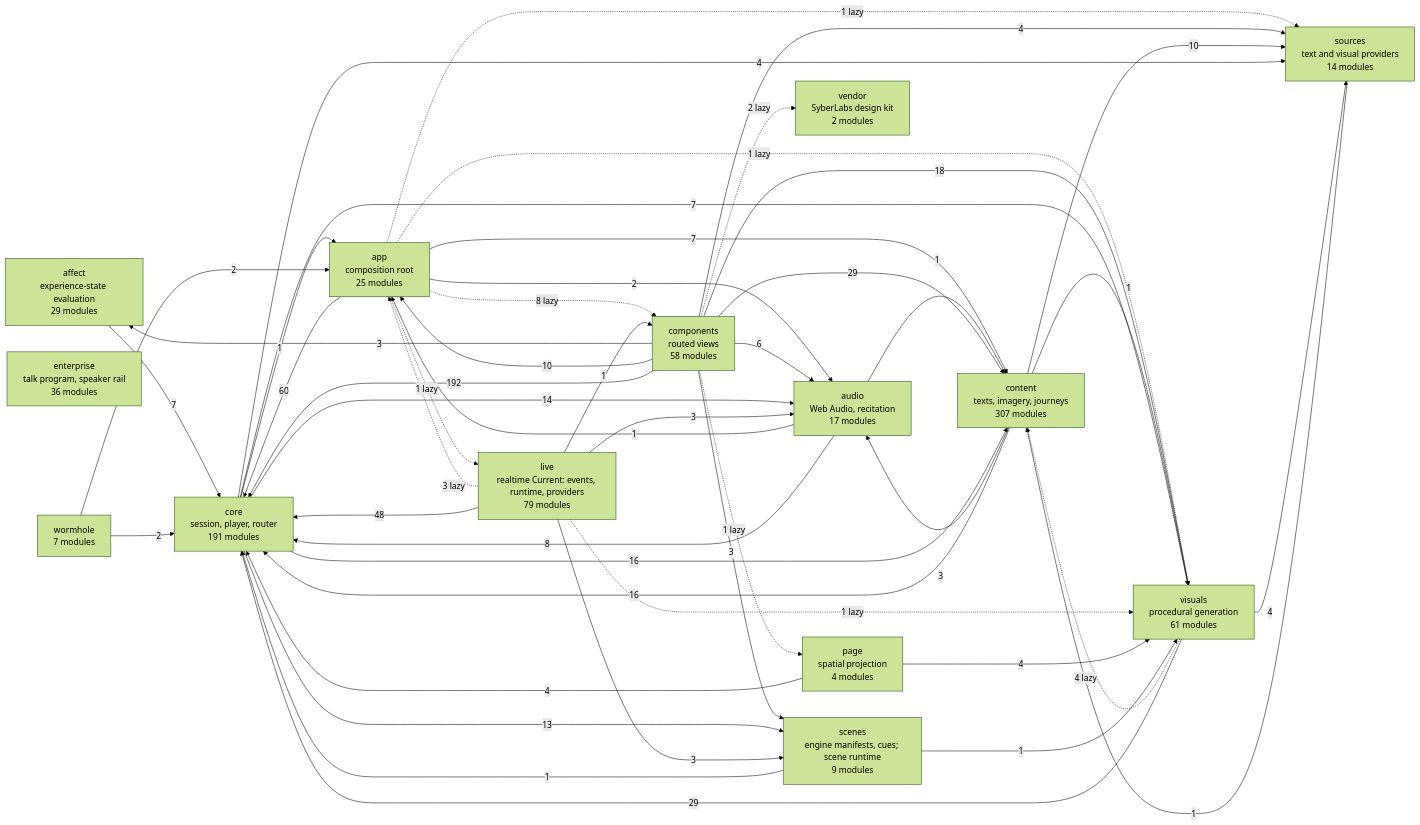
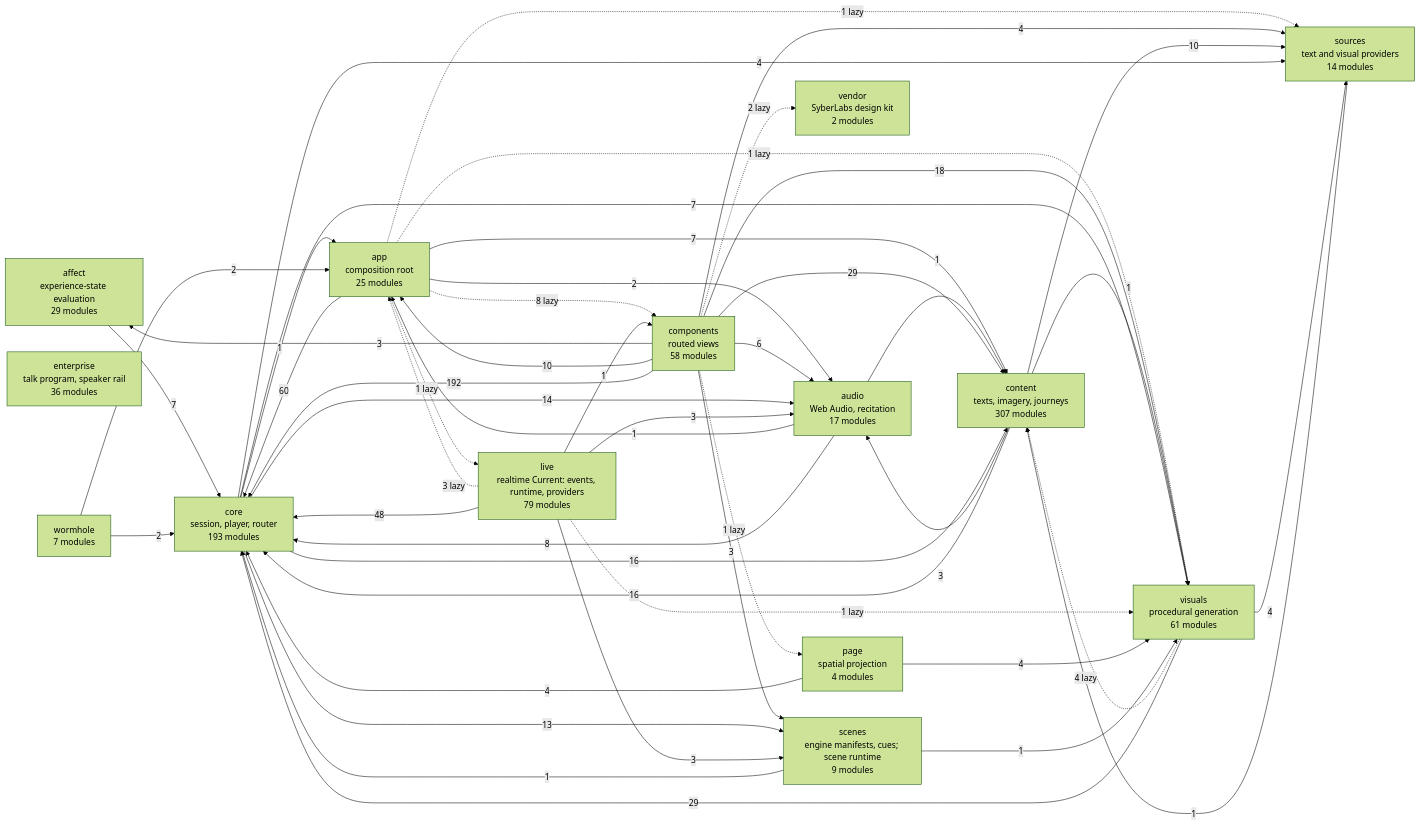
One commit to SyberLabs/RISE changed the diagram in docs/specs/ARCHITECTURE.md. Above: the diagram before and after it, drawn with Mermaid (forest theme).

Commit message:
Docs: regenerate the architecture diagram's module counts
The count reads tracked files, so the earlier run, made before the new modules
were committed, was two short.

````diff
--- a/docs/specs/ARCHITECTURE.md
+++ b/docs/specs/ARCHITECTURE.md
@@ -161,65 +161,65 @@
 ```mermaid
 flowchart LR
     affect["affect<br/>experience-state evaluation<br/>29 modules"]
     app["app<br/>composition root<br/>25 modules"]
     audio["audio<br/>Web Audio, recitation<br/>17 modules"]
     components["components<br/>routed views<br/>58 modules"]
     content["content<br/>texts, imagery, journeys<br/>307 modules"]
-    core["core<br/>session, player, router<br/>191 modules"]
+    core["core<br/>session, player, router<br/>193 modules"]
     enterprise["enterprise<br/>talk program, speaker rail<br/>36 modules"]
     live["live<br/>realtime Current: events, runtime, providers<br/>79 modules"]
     page["page<br/>spatial projection<br/>4 modules"]
     scenes["scenes<br/>engine manifests, cues; scene runtime<br/>9 modules"]
     sources["sources<br/>text and visual providers<br/>14 modules"]
     vendor["vendor<br/>SyberLabs design kit<br/>2 modules"]
     visuals["visuals<br/>procedural generation<br/>61 modules"]
     wormhole["wormhole<br/>7 modules"]
 
     affect --> |7| core
     app --> |2| audio
     app -.-> |8 lazy| components
     app --> |7| content
     app --> |60| core
     app -.-> |1 lazy| live
     app -.-> |1 lazy| sources
     app -.-> |1 lazy| visuals
     audio --> |1| app
     audio --> |1| content
     audio --> |8| core
     components --> |3| affect
     components --> |10| app
     components --> |6| audio
     components --> |29| content
     components --> |192| core
     components -.-> |1 lazy| page
     components --> |3| scenes
     components --> |4| sources
     components -.-> |2 lazy| vendor
     components --> |18| visuals
     content --> |3| audio
     content --> |16| core
     content --> |10| sources
     content --> |1| visuals
     core --> |1| app
     core --> |14| audio
     core --> |16| content
     core --> |13| scenes
     core --> |4| sources
     core --> |7| visuals
     live -.-> |3 lazy| app
     live --> |3| audio
     live --> |1| components
     live --> |48| core
     live --> |3| scenes
     live -.-> |1 lazy| visuals
     page --> |4| core
     page --> |4| visuals
     scenes --> |1| core
     scenes --> |1| visuals
     sources --> |1| content
     visuals -.-> |4 lazy| content
     visuals --> |29| core
     visuals --> |4| sources
     wormhole --> |2| app
     wormhole --> |2| core
 ```
````
